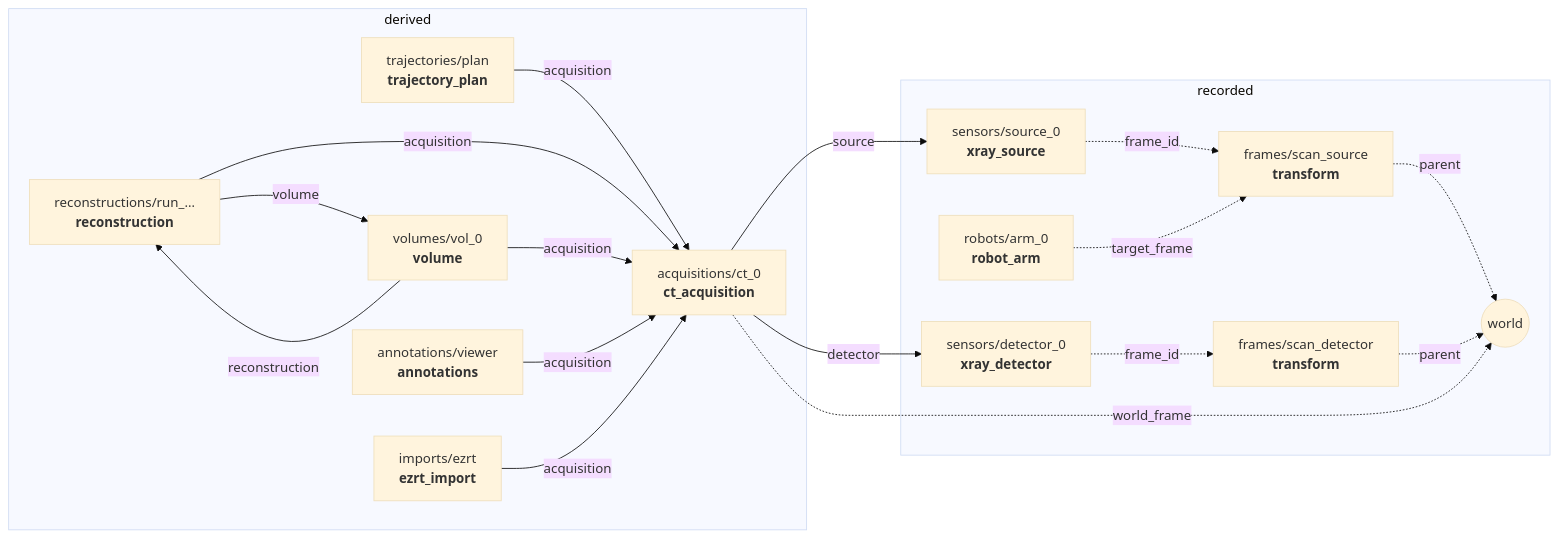
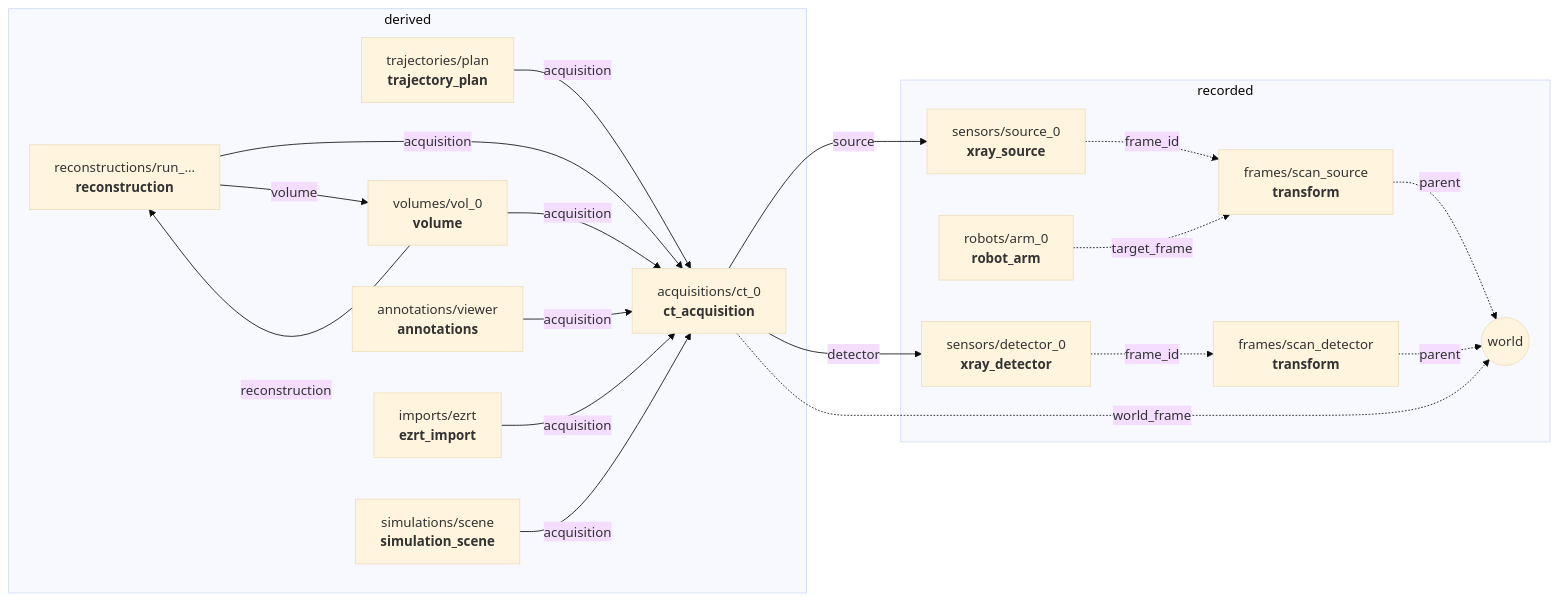
The first of 2 diagrams in docs/schemas.md (RayBotic-NDT/rbscan), drawn with Mermaid (base theme) before and after one commit. The commit also changed other lines of this file and 40 other files, not shown here.

Commit message:
Feature/simulation scene

````diff
--- a/docs/schemas.md
+++ b/docs/schemas.md
@@ -41,34 +43,36 @@
 ```mermaid
 flowchart LR
   subgraph rec[recorded]
     src["sensors/source_0<br/><b>xray_source</b>"]
     det["sensors/detector_0<br/><b>xray_detector</b>"]
     arm["robots/arm_0<br/><b>robot_arm</b>"]
     fsrc["frames/scan_source<br/><b>transform</b>"]
     fdet["frames/scan_detector<br/><b>transform</b>"]
     world(("world"))
   end
   subgraph der[derived]
     acq["acquisitions/ct_0<br/><b>ct_acquisition</b>"]
     plan["trajectories/plan<br/><b>trajectory_plan</b>"]
     run["reconstructions/run_…<br/><b>reconstruction</b>"]
     vol["volumes/vol_0<br/><b>volume</b>"]
     ann["annotations/viewer<br/><b>annotations</b>"]
     imp["imports/ezrt<br/><b>ezrt_import</b>"]
+    sim["simulations/scene<br/><b>simulation_scene</b>"]
   end
   acq -- source --> src
   acq -- detector --> det
   src -. frame_id .-> fsrc
   det -. frame_id .-> fdet
   arm -. target_frame .-> fsrc
   fsrc -. parent .-> world
   fdet -. parent .-> world
   acq -. world_frame .-> world
   plan -- acquisition --> acq
   run -- acquisition --> acq
   run -- volume --> vol
   vol -- reconstruction --> run
   vol -- acquisition --> acq
   ann -- acquisition --> acq
   imp -- acquisition --> acq
+  sim -- acquisition --> acq
 ```
````
